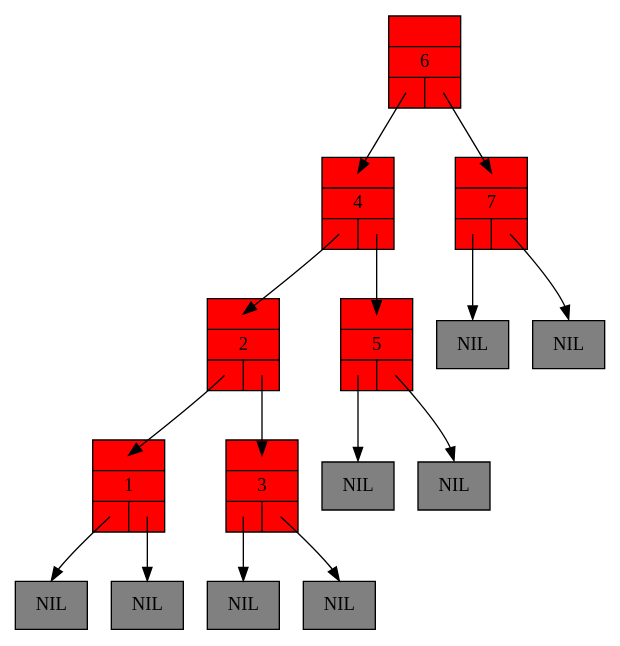
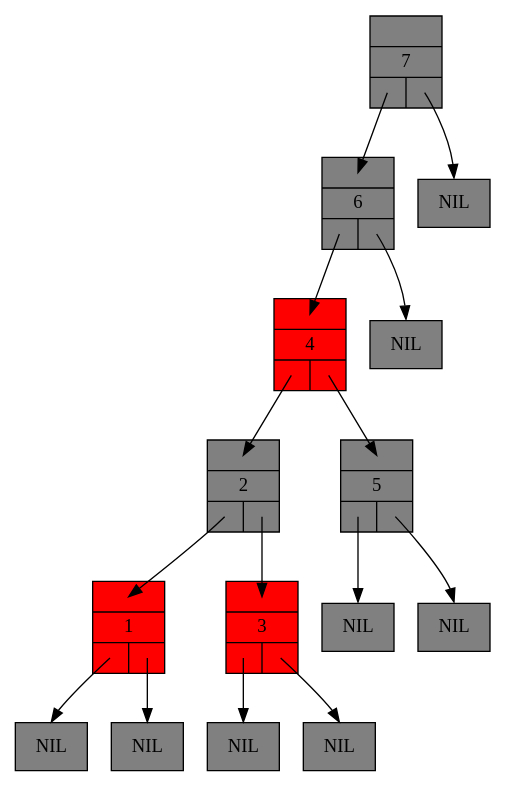
The diagram in TP/TP6/Code/redblacktree_0_leftrotateroot.dot (Ravemi987/Algo3), drawn with Graphviz before and after one commit. The commit also changed 22 other files, not shown here.

```diff
--- a/TP/TP6/Code/redblacktree_0_leftrotateroot.dot
+++ b/TP/TP6/Code/redblacktree_0_leftrotateroot.dot
@@ -1,35 +1,35 @@
 digraph RedBlackTree {
 	graph [ranksep =0.5];
 	node [shape = record];
 
 	n1 [style=filled, fillcolor=red, label="{{<parent>}|1|{<left>|<right>}}"];
 	lnil1 [style=filled, fillcolor=grey, label="NIL"];
 	n1:left:c -> lnil1:n [headclip=false, tailclip=false]
 	rnil1 [style=filled, fillcolor=grey, label="NIL"];
 	n1:right:c -> rnil1:n [headclip=false, tailclip=false]
-	n2 [style=filled, fillcolor=red, label="{{<parent>}|2|{<left>|<right>}}"];
+	n2 [style=filled, fillcolor=grey, label="{{<parent>}|2|{<left>|<right>}}"];
 	n2:left:c -> n1:parent:c [headclip=false, tailclip=false]
 	n2:right:c -> n3:parent:c [headclip=false, tailclip=false]
 	n3 [style=filled, fillcolor=red, label="{{<parent>}|3|{<left>|<right>}}"];
 	lnil3 [style=filled, fillcolor=grey, label="NIL"];
 	n3:left:c -> lnil3:n [headclip=false, tailclip=false]
 	rnil3 [style=filled, fillcolor=grey, label="NIL"];
 	n3:right:c -> rnil3:n [headclip=false, tailclip=false]
 	n4 [style=filled, fillcolor=red, label="{{<parent>}|4|{<left>|<right>}}"];
 	n4:left:c -> n2:parent:c [headclip=false, tailclip=false]
 	n4:right:c -> n5:parent:c [headclip=false, tailclip=false]
-	n5 [style=filled, fillcolor=red, label="{{<parent>}|5|{<left>|<right>}}"];
+	n5 [style=filled, fillcolor=grey, label="{{<parent>}|5|{<left>|<right>}}"];
 	lnil5 [style=filled, fillcolor=grey, label="NIL"];
 	n5:left:c -> lnil5:n [headclip=false, tailclip=false]
 	rnil5 [style=filled, fillcolor=grey, label="NIL"];
 	n5:right:c -> rnil5:n [headclip=false, tailclip=false]
-	n6 [style=filled, fillcolor=red, label="{{<parent>}|6|{<left>|<right>}}"];
+	n6 [style=filled, fillcolor=grey, label="{{<parent>}|6|{<left>|<right>}}"];
 	n6:left:c -> n4:parent:c [headclip=false, tailclip=false]
-	n6:right:c -> n7:parent:c [headclip=false, tailclip=false]
-	n7 [style=filled, fillcolor=red, label="{{<parent>}|7|{<left>|<right>}}"];
-	lnil7 [style=filled, fillcolor=grey, label="NIL"];
-	n7:left:c -> lnil7:n [headclip=false, tailclip=false]
+	rnil6 [style=filled, fillcolor=grey, label="NIL"];
+	n6:right:c -> rnil6:n [headclip=false, tailclip=false]
+	n7 [style=filled, fillcolor=grey, label="{{<parent>}|7|{<left>|<right>}}"];
+	n7:left:c -> n6:parent:c [headclip=false, tailclip=false]
 	rnil7 [style=filled, fillcolor=grey, label="NIL"];
 	n7:right:c -> rnil7:n [headclip=false, tailclip=false]
 
 }
```
